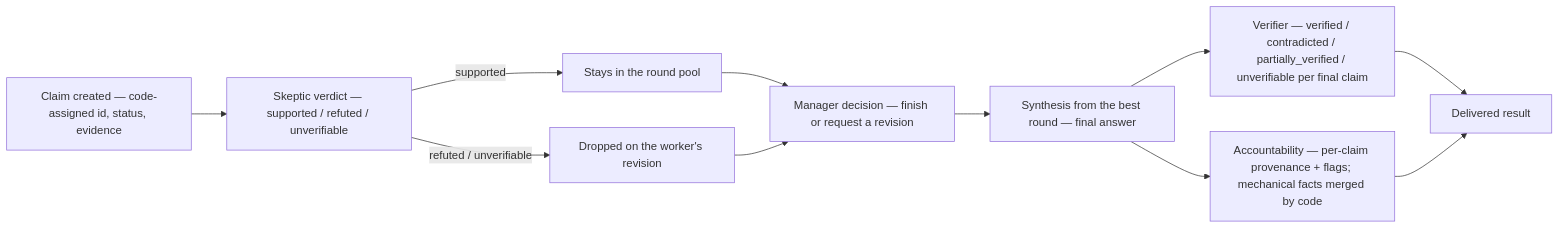
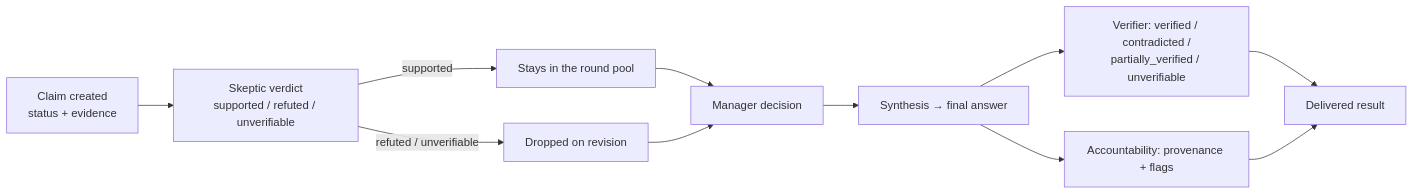
Before and after one commit to anirudhsgh7/ai-nexus: the second of 2 diagrams in README.md, drawn with Mermaid. The commit also changed other lines of this file, not shown here.

````diff
--- a/README.md
+++ b/README.md
@@ -155,13 +134,13 @@
 ```mermaid
 flowchart LR
-    A["Claim created — code-assigned id, status, evidence"] --> B["Skeptic verdict — supported / refuted / unverifiable"]
+    A["Claim created<br/>status + evidence"] --> B["Skeptic verdict<br/>supported / refuted / unverifiable"]
     B -->|"supported"| C["Stays in the round pool"]
-    B -->|"refuted / unverifiable"| D["Dropped on the worker's revision"]
-    C --> E["Manager decision — finish or request a revision"]
+    B -->|"refuted / unverifiable"| D["Dropped on revision"]
+    C --> E["Manager decision"]
     D --> E
-    E --> F["Synthesis from the best round — final answer"]
-    F --> G["Verifier — verified / contradicted / partially_verified / unverifiable per final claim"]
-    F --> H["Accountability — per-claim provenance + flags; mechanical facts merged by code"]
+    E --> F["Synthesis → final answer"]
+    F --> G["Verifier: verified / contradicted /<br/>partially_verified / unverifiable"]
+    F --> H["Accountability: provenance + flags"]
     G --> I["Delivered result"]
     H --> I
 ```
````
